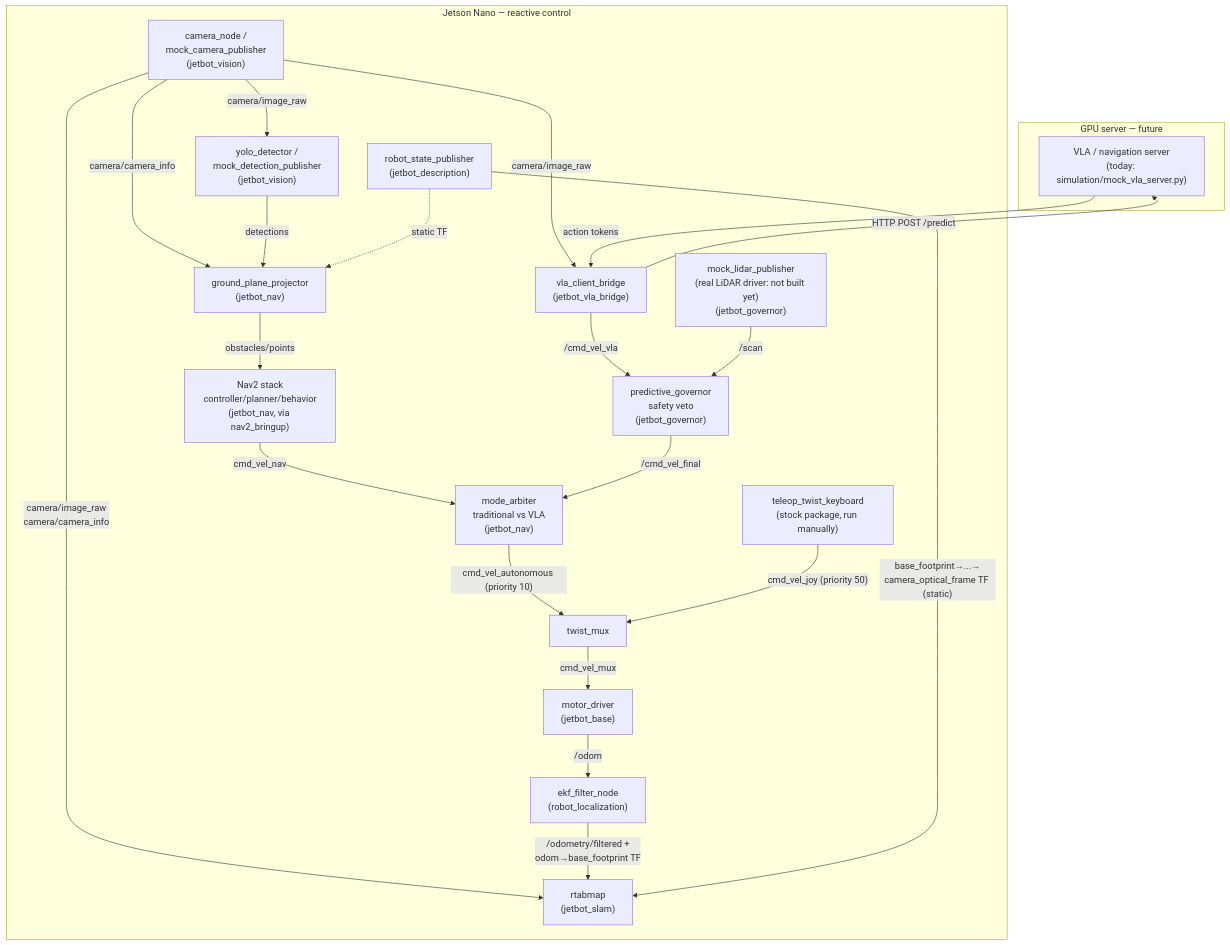
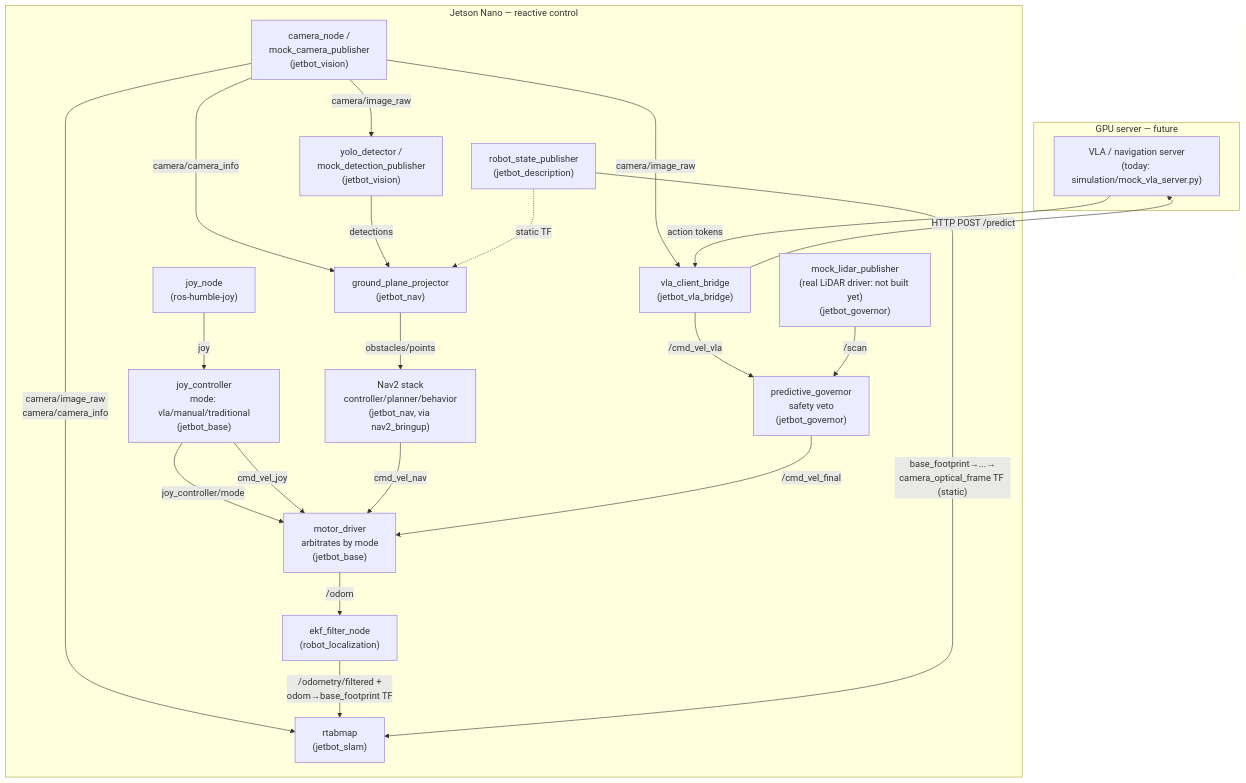
One commit to DeveshwarH1996/jetbot_VLA_ROS_Humble changed the diagram in README.md. Above: the diagram before and after it, drawn with Mermaid. The commit also changed other lines of this file and 15 other files, not shown here.

````diff
--- a/README.md
+++ b/README.md
@@ -9,43 +9,42 @@
 ```mermaid
 flowchart TB
     subgraph SERVER["GPU server — future"]
         VLASRV["VLA / navigation server<br/>(today: simulation/mock_vla_server.py)"]
     end
 
     subgraph JETSON["Jetson Nano — reactive control"]
+        JOYDEV["joy_node<br/>(ros-humble-joy)"]
+        JOYCTL["joy_controller<br/>mode: vla/manual/traditional<br/>(jetbot_base)"]
         CAM["camera_node /<br/>mock_camera_publisher<br/>(jetbot_vision)"]
         YOLO["yolo_detector /<br/>mock_detection_publisher<br/>(jetbot_vision)"]
         PROJ["ground_plane_projector<br/>(jetbot_nav)"]
         NAV2["Nav2 stack<br/>controller/planner/behavior<br/>(jetbot_nav, via nav2_bringup)"]
         LIDAR["mock_lidar_publisher<br/>(real LiDAR driver: not built yet)<br/>(jetbot_governor)"]
         BRIDGE["vla_client_bridge<br/>(jetbot_vla_bridge)"]
         GOV["predictive_governor<br/>safety veto<br/>(jetbot_governor)"]
-        ARB["mode_arbiter<br/>traditional vs VLA<br/>(jetbot_nav)"]
-        MUX["twist_mux"]
-        MOTOR["motor_driver<br/>(jetbot_base)"]
+        MOTOR["motor_driver<br/>arbitrates by mode<br/>(jetbot_base)"]
         EKF["ekf_filter_node<br/>(robot_localization)"]
         RSP["robot_state_publisher<br/>(jetbot_description)"]
         SLAM["rtabmap<br/>(jetbot_slam)"]
-        JOY["teleop_twist_keyboard<br/>(stock package, run manually)"]
     end
 
+    JOYDEV -->|"joy"| JOYCTL
+    JOYCTL -->|"joy_controller/mode"| MOTOR
+    JOYCTL -->|"cmd_vel_joy"| MOTOR
     CAM -->|"camera/image_raw"| BRIDGE
     CAM -->|"camera/image_raw<br/>camera/camera_info"| SLAM
     CAM -->|"camera/image_raw"| YOLO
     CAM -->|"camera/camera_info"| PROJ
     YOLO -->|"detections"| PROJ
     PROJ -->|"obstacles/points"| NAV2
-    NAV2 -->|"cmd_vel_nav"| ARB
+    NAV2 -->|"cmd_vel_nav"| MOTOR
     BRIDGE -->|"HTTP POST /predict"| VLASRV
     VLASRV -->|"action tokens"| BRIDGE
     BRIDGE -->|"/cmd_vel_vla"| GOV
     LIDAR -->|"/scan"| GOV
-    GOV -->|"/cmd_vel_final"| ARB
-    ARB -->|"cmd_vel_autonomous (priority 10)"| MUX
-    JOY -->|"cmd_vel_joy (priority 50)"| MUX
-    MUX -->|"cmd_vel_mux"| MOTOR
+    GOV -->|"/cmd_vel_final"| MOTOR
     MOTOR -->|"/odom"| EKF
     EKF -->|"/odometry/filtered +<br/>odom→base_footprint TF"| SLAM
     RSP -->|"base_footprint→...→<br/>camera_optical_frame TF (static)"| SLAM
     RSP -.->|"static TF"| PROJ
 ```
````
